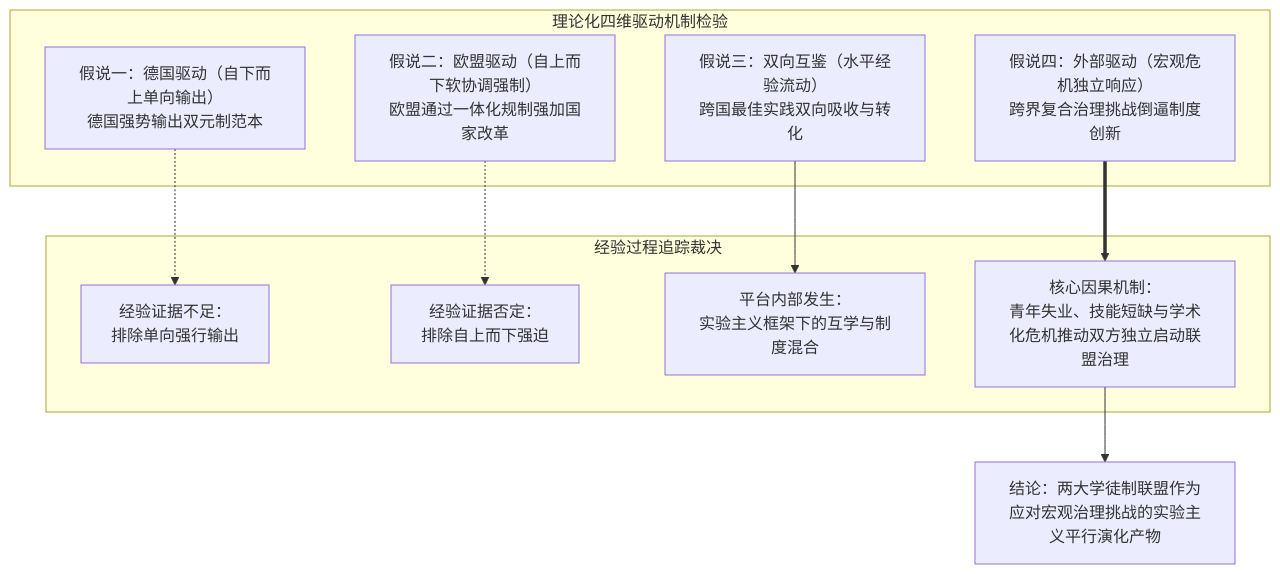
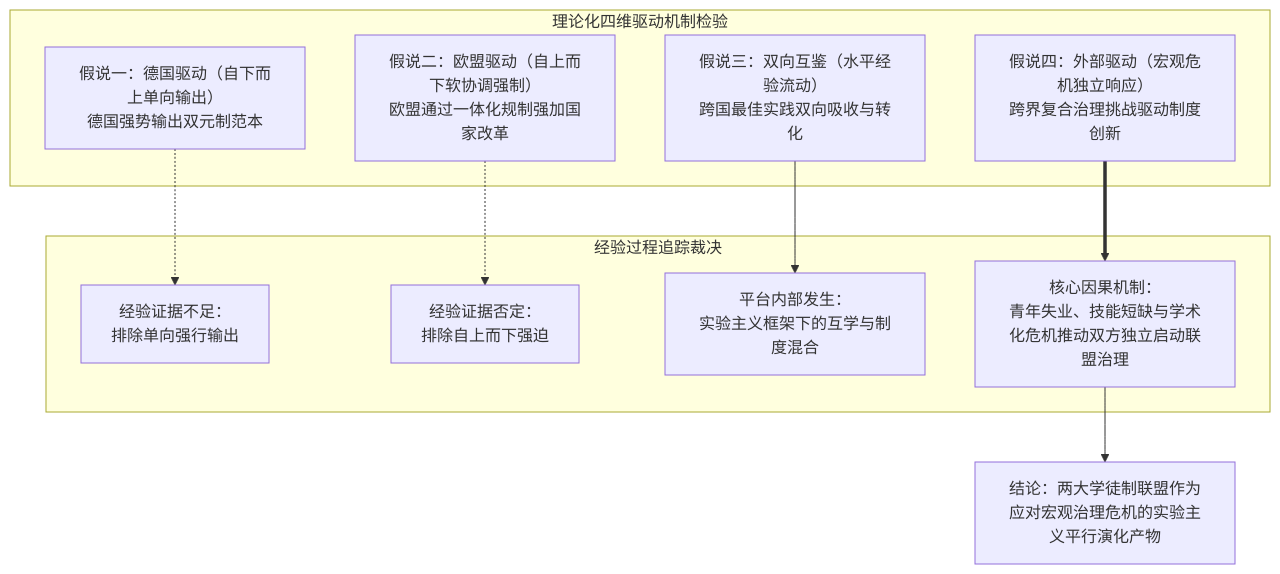
Before and after one commit to likemie/vault-notes: the diagram in wiki/arguments/journal-articles/European Educational Research Journal/Argument_Rohde-Liebenau_Graf_2024_EERJ.md, drawn with Mermaid. The commit also changed other lines of this file and 7 other files, not shown here.

````diff
--- a/wiki/arguments/journal-articles/European Educational Research Journal/Argument_Rohde-Liebenau_Graf_2024_EERJ.md
+++ b/wiki/arguments/journal-articles/European Educational Research Journal/Argument_Rohde-Liebenau_Graf_2024_EERJ.md
@@ -106,22 +121,22 @@
 ```mermaid
 flowchart TD
     subgraph 理论化四维驱动机制检验
         D1["假说一：德国驱动（自下而上单向输出）<br>德国强势输出双元制范本"]
         D2["假说二：欧盟驱动（自上而下软协调强制）<br>欧盟通过一体化规制强加国家改革"]
         D3["假说三：双向互鉴（水平经验流动）<br>跨国最佳实践双向吸收与转化"]
-        D4["假说四：外部驱动（宏观危机独立响应）<br>跨界复合治理挑战倒逼制度创新"]
+        D4["假说四：外部驱动（宏观危机独立响应）<br>跨界复合治理挑战驱动制度创新"]
     end
 
     subgraph 经验过程追踪裁决
         R1["经验证据不足：<br>排除单向强行输出"]
         R2["经验证据否定：<br>排除自上而下强迫"]
         R3["平台内部发生：<br>实验主义框架下的互学与制度混合"]
         R4["核心因果机制：<br>青年失业、技能短缺与学术化危机推动双方独立启动联盟治理"]
     end
 
     D1 -.-> R1
     D2 -.-> R2
     D3 --> R3
     D4 ==> R4
-    R4 --> OUT["结论：两大学徒制联盟作为应对宏观治理挑战的实验主义平行演化产物"]
+    R4 --> OUT["结论：两大学徒制联盟作为应对宏观治理危机的实验主义平行演化产物"]
 ```
````
